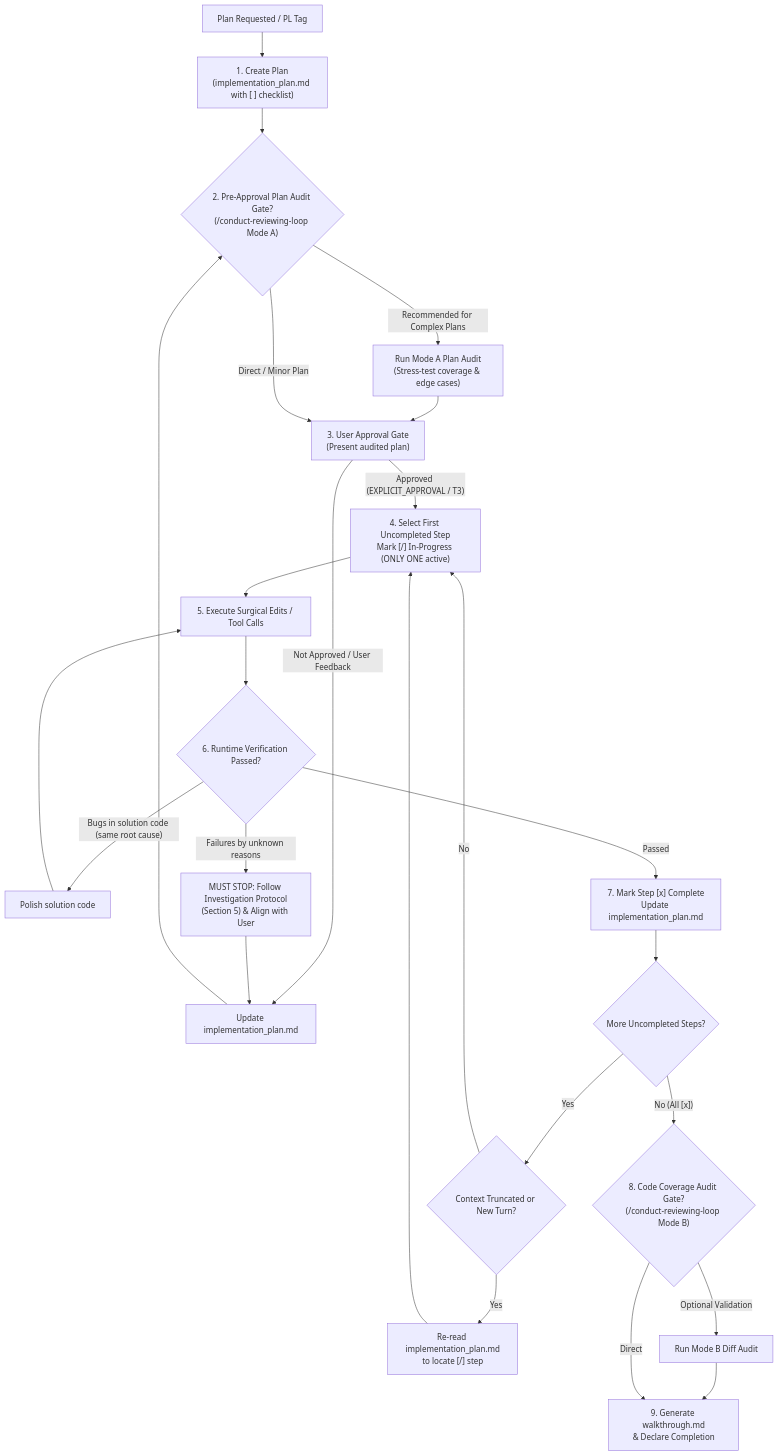
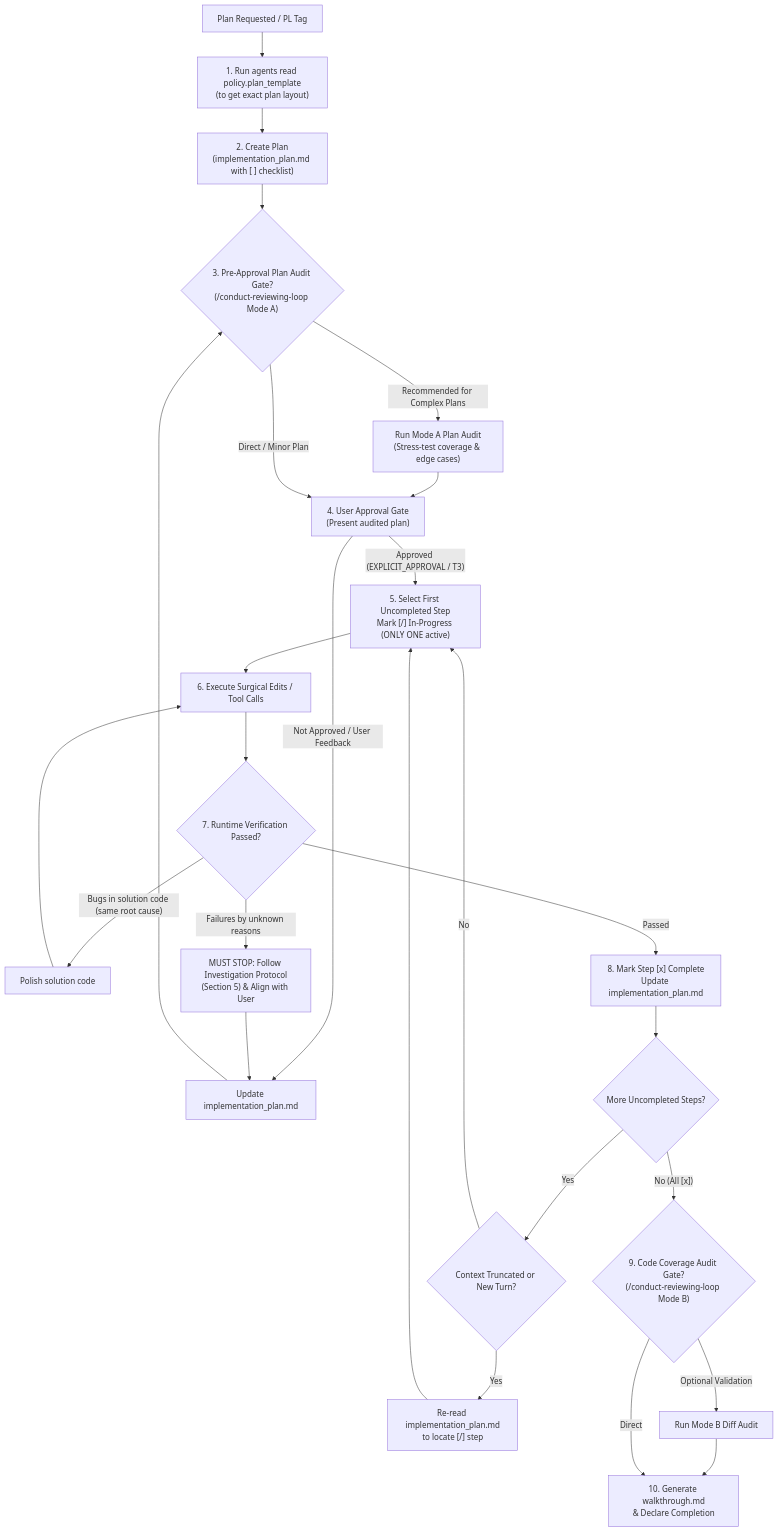
One commit to loerei/myskills changed the third of 10 diagrams in gemini/AGENTS.md. Above: the diagram before and after it, drawn with Mermaid. The commit also changed other lines of this file and 1 other file, not shown here.

Commit message:
feat(policy): add upfront failure disclosure & anti-spin directives

````diff
--- a/gemini/AGENTS.md
+++ b/gemini/AGENTS.md
@@ -92,31 +92,32 @@
 ```mermaid
 flowchart TD
-    Start["Plan Requested / PL Tag"] --> CreatePlan["1. Create Plan<br/>(implementation_plan.md with [ ] checklist)"]
-    CreatePlan --> ModeAOption{"2. Pre-Approval Plan Audit Gate?<br/>(/conduct-reviewing-loop Mode A)"}
+    Start["Plan Requested / PL Tag"] --> ReadTemplate["1. Run agents read policy.plan_template<br/>(to get exact plan layout)"]
+    ReadTemplate --> CreatePlan["2. Create Plan<br/>(implementation_plan.md with [ ] checklist)"]
+    CreatePlan --> ModeAOption{"3. Pre-Approval Plan Audit Gate?<br/>(/conduct-reviewing-loop Mode A)"}
     
     ModeAOption -->|"Recommended for Complex Plans"| RunModeA["Run Mode A Plan Audit<br/>(Stress-test coverage & edge cases)"]
-    RunModeA --> UserGate["3. User Approval Gate<br/>(Present audited plan)"]
+    RunModeA --> UserGate["4. User Approval Gate<br/>(Present audited plan)"]
     
     ModeAOption -->|"Direct / Minor Plan"| UserGate
     
     UserGate -->|"Not Approved / User Feedback"| RefinePlanDoc["Update implementation_plan.md"] --> ModeAOption
     
-    UserGate -->|"Approved (EXPLICIT_APPROVAL / T3)"| SelectStep["4. Select First Uncompleted Step<br/>Mark [/] In-Progress (ONLY ONE active)"]
+    UserGate -->|"Approved (EXPLICIT_APPROVAL / T3)"| SelectStep["5. Select First Uncompleted Step<br/>Mark [/] In-Progress (ONLY ONE active)"]
     
-    SelectStep --> ExecuteStep["5. Execute Surgical Edits / Tool Calls"]
-    ExecuteStep --> VerifyStep{"6. Runtime Verification Passed?"}
+    SelectStep --> ExecuteStep["6. Execute Surgical Edits / Tool Calls"]
+    ExecuteStep --> VerifyStep{"7. Runtime Verification Passed?"}
     
     VerifyStep -->|"Bugs in solution code (same root cause)"| PolishCode["Polish solution code"] --> ExecuteStep
     VerifyStep -->|"Failures by unknown reasons"| MustStop["MUST STOP: Follow Investigation Protocol<br/>(Section 5) & Align with User"] --> RefinePlanDoc
     
-    VerifyStep -->|"Passed"| MarkComplete["7. Mark Step [x] Complete<br/>Update implementation_plan.md"]
+    VerifyStep -->|"Passed"| MarkComplete["8. Mark Step [x] Complete<br/>Update implementation_plan.md"]
     
     MarkComplete --> CheckRemaining{"More Uncompleted Steps?"}
     CheckRemaining -->|"Yes"| ContextCheck{"Context Truncated or New Turn?"}
     ContextCheck -->|"Yes"| ReadPlan["Re-read implementation_plan.md<br/>to locate [/] step"] --> SelectStep
     ContextCheck -->|"No"| SelectStep
     
-    CheckRemaining -->|"No (All [x])"| ModeBCheck{"8. Code Coverage Audit Gate?<br/>(/conduct-reviewing-loop Mode B)"}
-    ModeBCheck -->|"Optional Validation"| RunModeB["Run Mode B Diff Audit"] --> FinalWalkthrough["9. Generate walkthrough.md<br/>& Declare Completion"]
+    CheckRemaining -->|"No (All [x])"| ModeBCheck{"9. Code Coverage Audit Gate?<br/>(/conduct-reviewing-loop Mode B)"}
+    ModeBCheck -->|"Optional Validation"| RunModeB["Run Mode B Diff Audit"] --> FinalWalkthrough["10. Generate walkthrough.md<br/>& Declare Completion"]
     ModeBCheck -->|"Direct"| FinalWalkthrough
 ```
````
